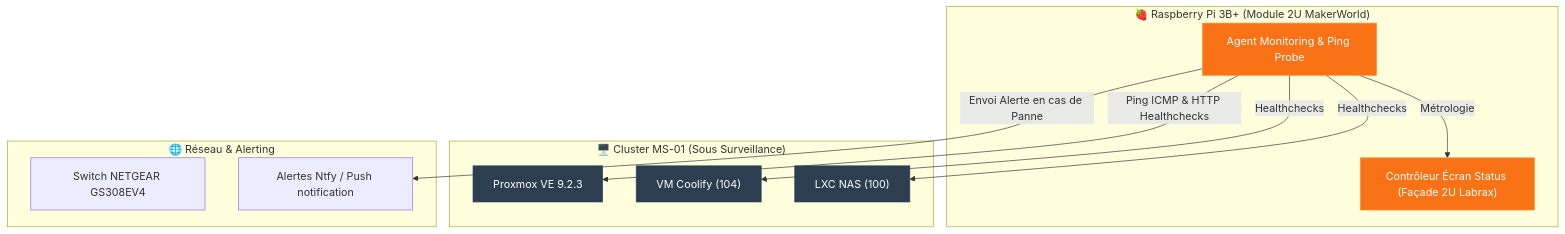
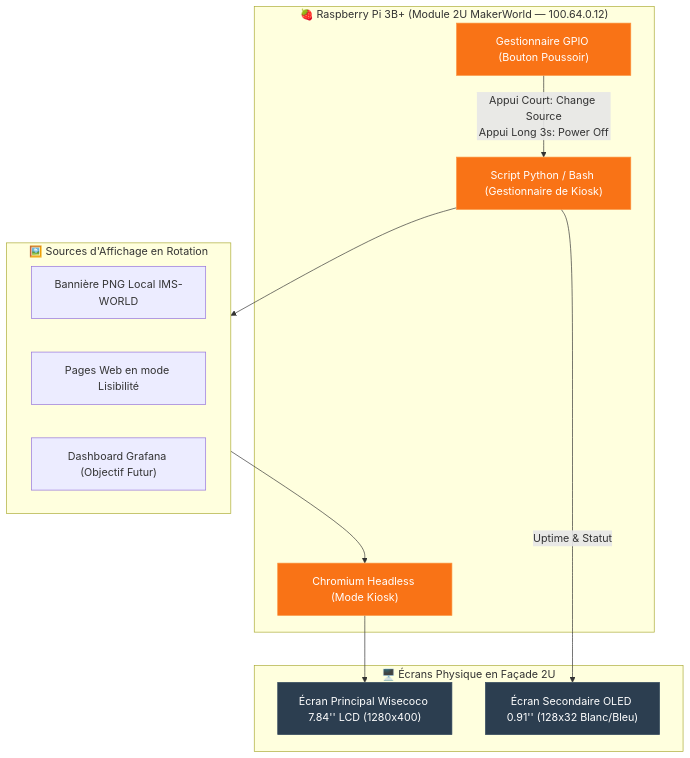
Before and after one commit to ims-world/docs: the diagram in infrastructure/rpi-monitor.md, drawn with Mermaid. The commit also changed other lines of this file and 13 other files, not shown here.

Commit message:
fix: correction factuelle complete (IPs Tailscale, specs MS-01, caddies 3.5 Dell Labrax, RPi kiosk 2U, NAS sur-mesure SATA, suppression Cap, PRA realiste et feuille de route TODO)

````diff
--- a/infrastructure/rpi-monitor.md
+++ b/infrastructure/rpi-monitor.md
@@ -61,29 +55,30 @@
 ```mermaid
 graph TD
-    subgraph SENSOR ["🍓 Raspberry Pi 3B+ (Module 2U MakerWorld)"]
-        MON["Agent Monitoring & Ping Probe"]
-        DISP["Contrôleur Écran Status (Façade 2U Labrax)"]
+    subgraph SENSOR ["🍓 Raspberry Pi 3B+ (Module 2U MakerWorld — 100.64.0.12)"]
+        SCRIPT["Script Python / Bash (Gestionnaire de Kiosk)"]
+        BROWSER["Chromium Headless (Mode Kiosk)"]
+        GPIO["Gestionnaire GPIO (Bouton Poussoir)"]
     end
 
-    subgraph PROXMOX_HOST ["🖥️ Cluster MS-01 (Sous Surveillance)"]
-        PVE["Proxmox VE 9.2.3"]
-        VM104["VM Coolify (104)"]
-        NAS["LXC NAS (100)"]
+    subgraph SOURCES ["🖼️ Sources d'Affichage en Rotation"]
+        IMG_LOCAL["Bannière PNG Local IMS-WORLD"]
+        READABILITY["Pages Web en mode Lisibilité"]
+        GRAFANA["Dashboard Grafana (Objectif Futur)"]
     end
 
-    subgraph NETWORK ["🌐 Réseau & Alerting"]
-        SWITCH["Switch NETGEAR GS308EV4"]
-        ALERT["Alertes Ntfy / Push notification"]
+    subgraph DISPLAYS ["🖥️ Écrans Physique en Façade 2U"]
+        MAIN_DISP["Écran Principal Wisecoco 7.84'' LCD (1280x400)"]
+        OLED_DISP["Écran Secondaire OLED 0.91'' (128x32 Blanc/Bleu)"]
     end
 
-    MON -->|Ping ICMP & HTTP Healthchecks| PVE
-    MON -->|Healthchecks| VM104
-    MON -->|Healthchecks| NAS
-    MON -->|Métrologie| DISP
-    MON -->|Envoi Alerte en cas de Panne| ALERT
+    GPIO -->|Appui Court: Change Source\nAppui Long 3s: Power Off| SCRIPT
+    SCRIPT --> SOURCES
+    SOURCES --> BROWSER
+    BROWSER --> MAIN_DISP
+    SCRIPT -->|Uptime & Statut| OLED_DISP
 
     classDef rpi fill:#F97316,stroke:#FB923C,color:#fff;
-    classDef pve fill:#2c3e50,stroke:#34495e,color:#fff;
-    class MON,DISP rpi;
-    class PVE,VM104,NAS pve;
+    classDef disp fill:#2c3e50,stroke:#34495e,color:#fff;
+    class SCRIPT,BROWSER,GPIO rpi;
+    class MAIN_DISP,OLED_DISP disp;
 ```
````
